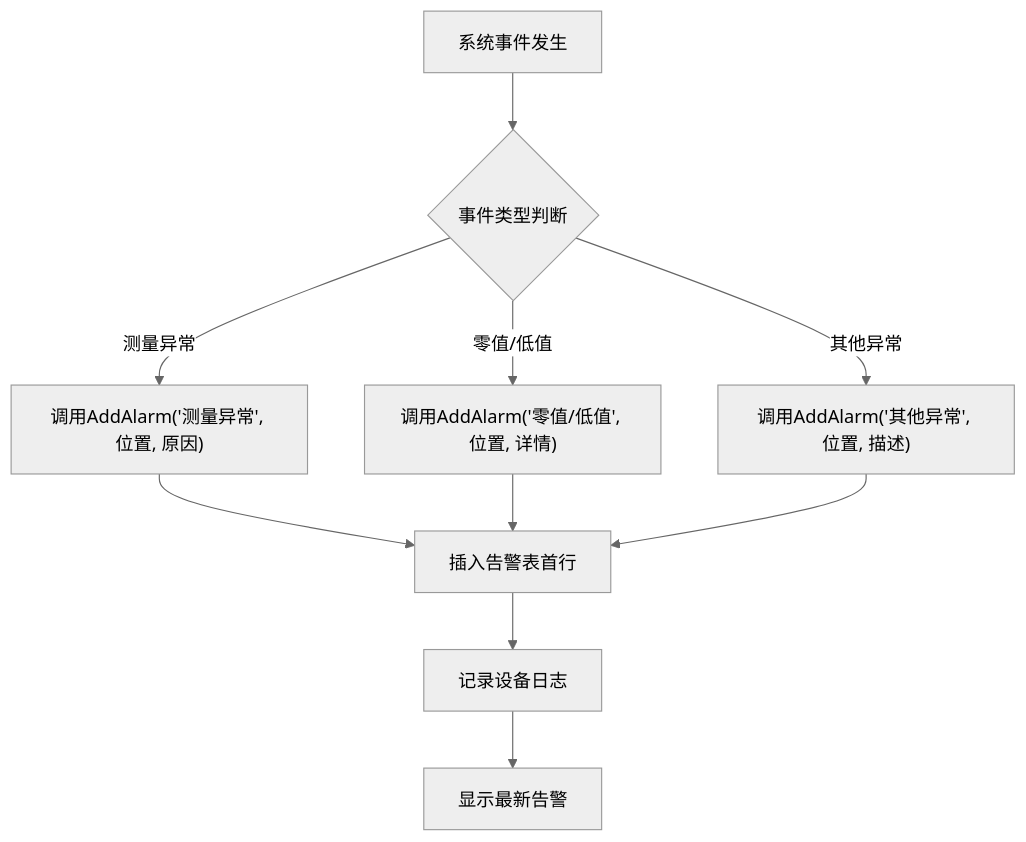
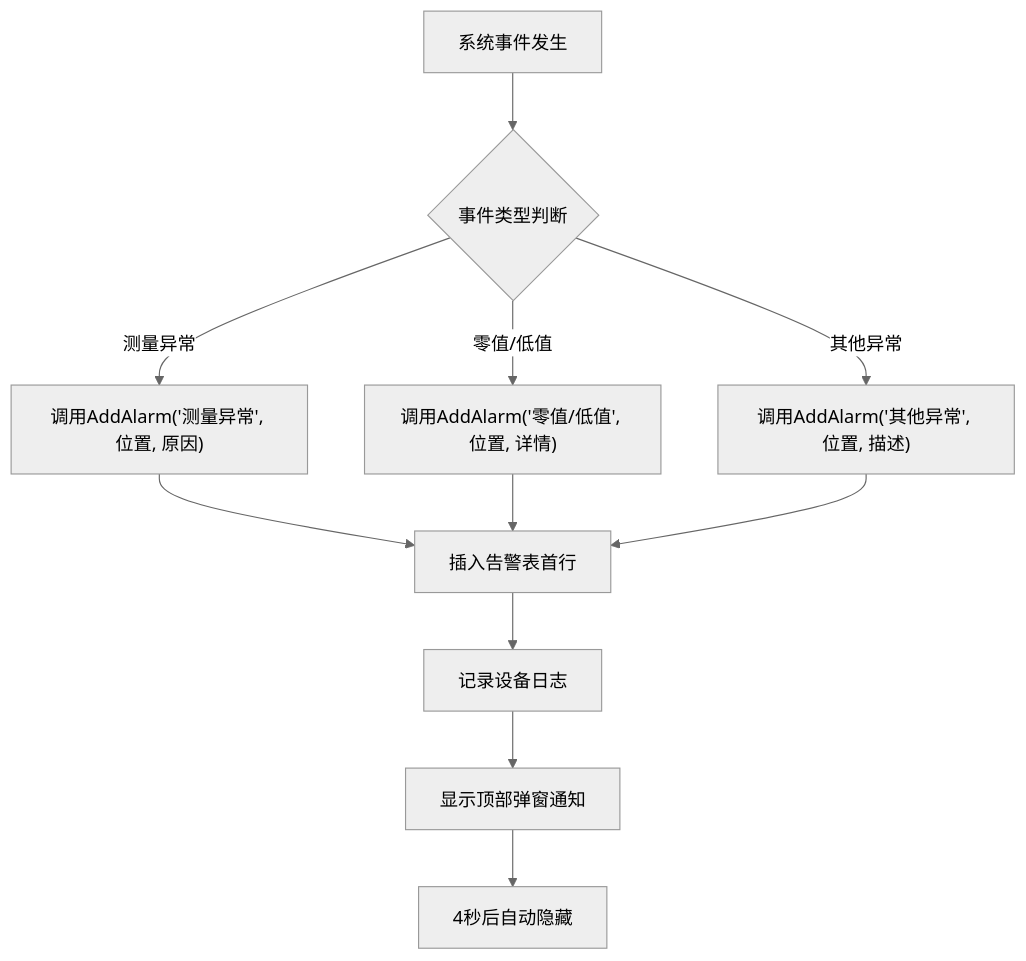
The fifth of 6 diagrams in .qoder/repowiki/zh/content/用户手册/实时监控面板/实时监控面板.md (yangreest/Zero-value-Insulator-Robot-V2), drawn with Mermaid (neutral theme) before and after one commit. The commit also changed other lines of this file and 22 other files, not shown here.

````diff
--- a/.qoder/repowiki/zh/content/用户手册/实时监控面板/实时监控面板.md
+++ b/.qoder/repowiki/zh/content/用户手册/实时监控面板/实时监控面板.md
@@ -195,12 +214,13 @@
 ```mermaid
 flowchart TD
 A["系统事件发生"] --> B{"事件类型判断"}
 B -- "测量异常" --> C["调用AddAlarm('测量异常', 位置, 原因)"]
 B -- "零值/低值" --> D["调用AddAlarm('零值/低值', 位置, 详情)"]
 B -- "其他异常" --> E["调用AddAlarm('其他异常', 位置, 描述)"]
 C --> F["插入告警表首行"]
 D --> F
 E --> F
 F --> G["记录设备日志"]
-G --> H["显示最新告警"]
+G --> H["显示顶部弹窗通知"]
+H --> I["4秒后自动隐藏"]
 ```
````
